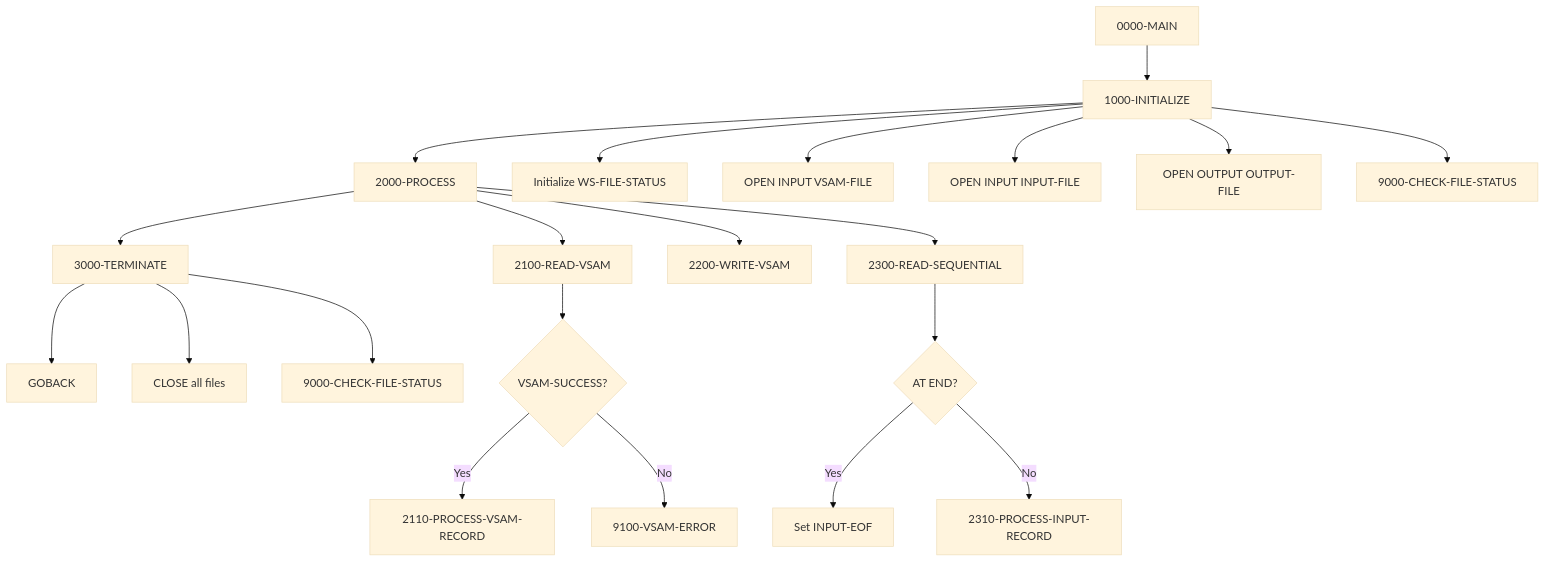
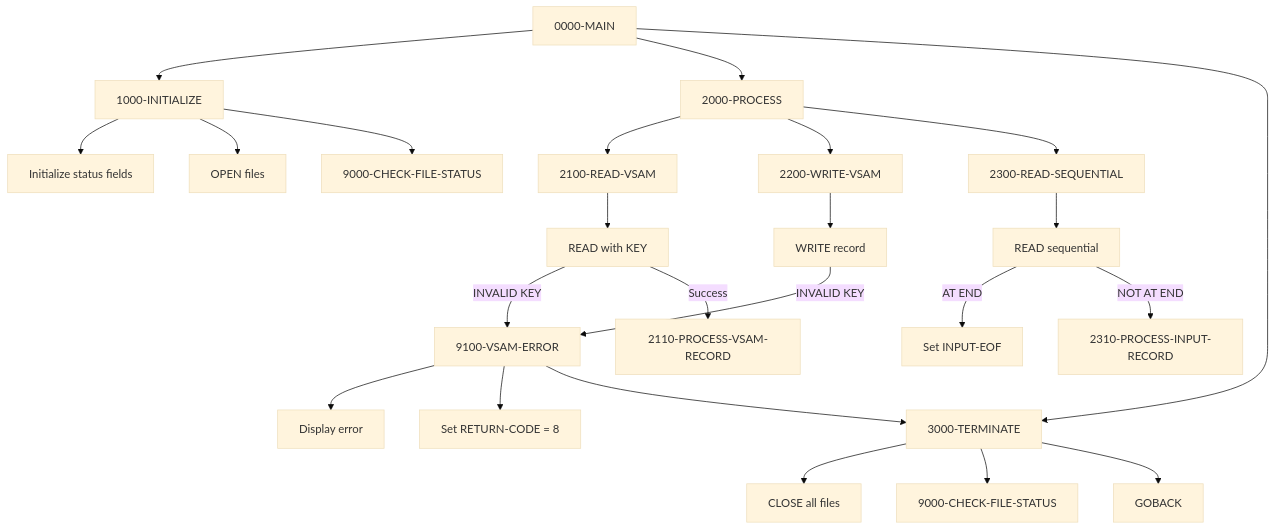
The diagram in docs/programs/FILE-HANDLING.mdx (haladir-com/legacy-benchmark-docs-vb70e1), drawn with Mermaid (base theme) before and after one commit. The commit also changed other lines of this file and 63 other files, not shown here.

````diff
--- a/docs/programs/FILE-HANDLING.mdx
+++ b/docs/programs/FILE-HANDLING.mdx
@@ -23,28 +20,32 @@
 ```mermaid
 graph TD
     A[0000-MAIN] --> B[1000-INITIALIZE]
-    B --> C[2000-PROCESS]
-    C --> D[3000-TERMINATE]
-    D --> E[GOBACK]
+    B --> B1[Initialize status fields]
+    B --> B2[OPEN files]
+    B --> B3[9000-CHECK-FILE-STATUS]
     
-    B --> B1[Initialize WS-FILE-STATUS]
-    B --> B2[OPEN INPUT VSAM-FILE]
-    B --> B3[OPEN INPUT INPUT-FILE]
-    B --> B4[OPEN OUTPUT OUTPUT-FILE]
-    B --> B5[9000-CHECK-FILE-STATUS]
+    A --> C[2000-PROCESS]
+    C --> D[2100-READ-VSAM]
+    C --> E[2200-WRITE-VSAM]
+    C --> F[2300-READ-SEQUENTIAL]
     
-    C --> C1[2100-READ-VSAM]
-    C --> C2[2200-WRITE-VSAM]
-    C --> C3[2300-READ-SEQUENTIAL]
+    D --> D1[READ with KEY]
+    D1 -->|INVALID KEY| G[9100-VSAM-ERROR]
+    D1 -->|Success| D2[2110-PROCESS-VSAM-RECORD]
     
-    C1 --> C1A{VSAM-SUCCESS?}
-    C1A -->|Yes| C1B[2110-PROCESS-VSAM-RECORD]
-    C1A -->|No| C1C[9100-VSAM-ERROR]
+    E --> E1[WRITE record]
+    E1 -->|INVALID KEY| G
     
-    C3 --> C3A{AT END?}
-    C3A -->|Yes| C3B[Set INPUT-EOF]
-    C3A -->|No| C3C[2310-PROCESS-INPUT-RECORD]
+    F --> F1[READ sequential]
+    F1 -->|AT END| F2[Set INPUT-EOF]
+    F1 -->|NOT AT END| F3[2310-PROCESS-INPUT-RECORD]
     
-    D --> D1[CLOSE all files]
-    D --> D2[9000-CHECK-FILE-STATUS]
+    A --> H[3000-TERMINATE]
+    H --> H1[CLOSE all files]
+    H --> H2[9000-CHECK-FILE-STATUS]
+    H --> I[GOBACK]
+    
+    G --> G1[Display error]
+    G --> G2[Set RETURN-CODE = 8]
+    G --> H
 ```
````
